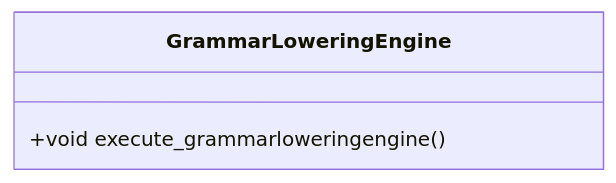
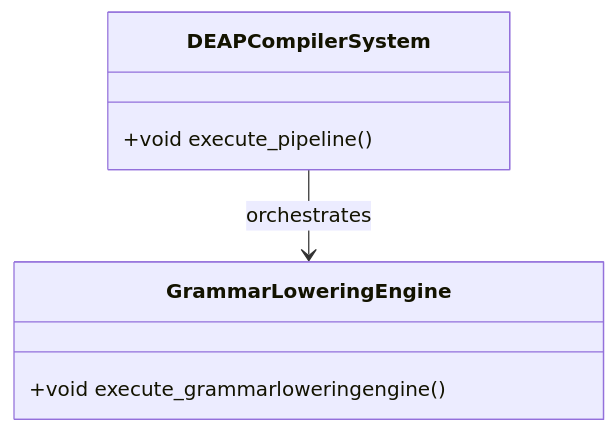
The diagram in docs/features/FEAT-21-GrammarLoweringEngine.md (gintatkinson/dumpiler-01), drawn with Mermaid before and after one commit. The commit also changed other lines of this file and 90 other files, not shown here.

````diff
--- a/docs/features/FEAT-21-GrammarLoweringEngine.md
+++ b/docs/features/FEAT-21-GrammarLoweringEngine.md
@@ -25,6 +25,10 @@
 ```mermaid
 classDiagram
+    class DEAPCompilerSystem {
+        +void execute_pipeline()
+    }
     class GrammarLoweringEngine {
         +void execute_grammarloweringengine()
     }
+    DEAPCompilerSystem --> GrammarLoweringEngine : orchestrates
 ```
````
